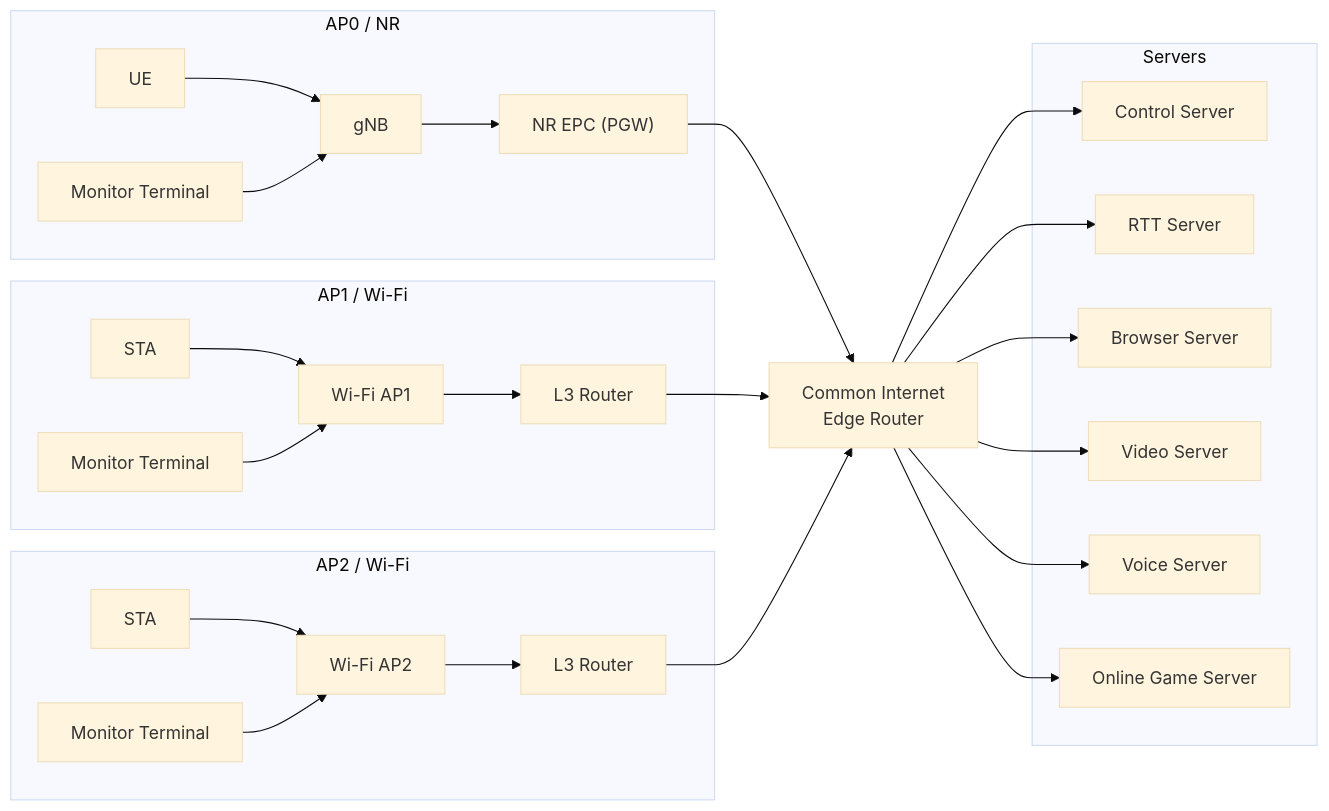
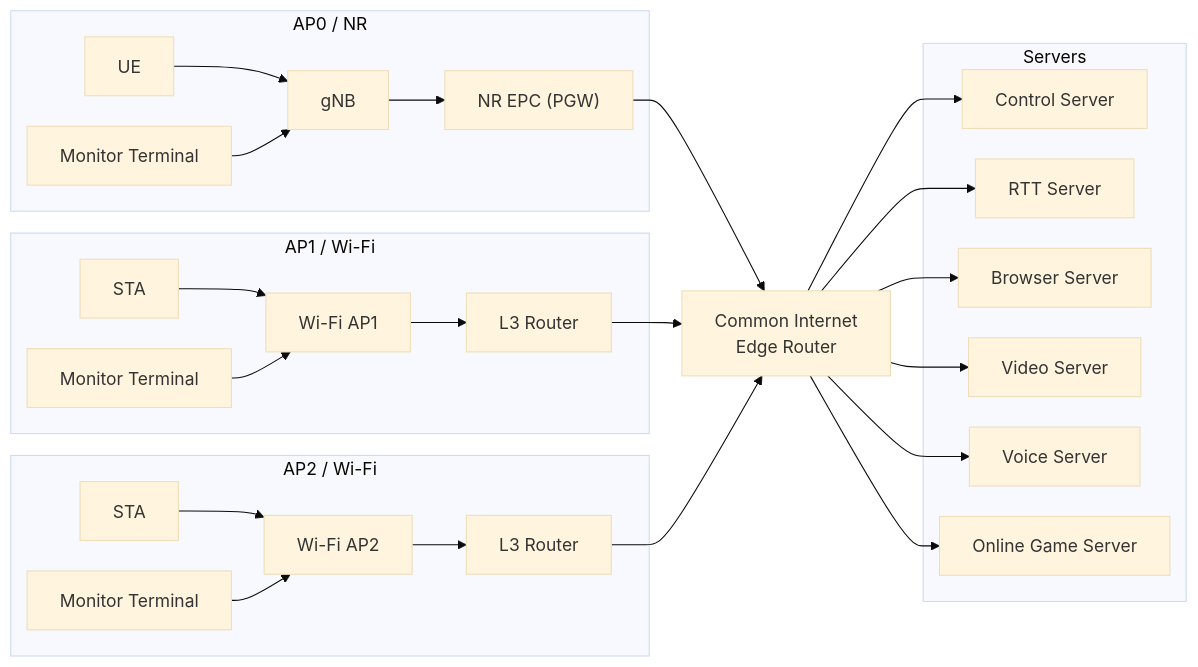
Before and after one commit to Sota-Okochi/ns-3.44: the diagram in README.md, drawn with Mermaid (base theme).

Commit message:
Update Mermaid flowchart configuration in README
Added configuration options for Mermaid flowchart in README.

````diff
--- a/README.md
+++ b/README.md
@@ -22,56 +22,63 @@
 ```mermaid
+---
+config:
+  fontSize: 17px
+  flowchart:
+    nodeSpacing: 28
+    rankSpacing: 30
+---
 flowchart LR
     %% --- Groups ---
     subgraph GWiFi2["AP2 / Wi-Fi"]
         WIFI2MON["Monitor Terminal"]
         WIFI2STA["STA"]
         WIFI2AP["Wi-Fi AP2"]
         WIFI2R["L3 Router"]
         WIFI2STA --> WIFI2AP
         WIFI2MON --> WIFI2AP
         WIFI2AP --> WIFI2R
     end
 
     subgraph GWiFi1["AP1 / Wi-Fi"]
         WIFI1MON["Monitor Terminal"]
         WIFI1STA["STA"]
         WIFI1AP["Wi-Fi AP1"]
         WIFI1R["L3 Router"]
         WIFI1STA --> WIFI1AP
         WIFI1MON --> WIFI1AP
         WIFI1AP --> WIFI1R
     end
 
     subgraph GNR["AP0 / NR"]
         NRMON["Monitor Terminal"]
         NRUE["UE"]
         gNB["gNB"]
         NREPC["NR EPC (PGW)"]
         NRUE --> gNB
         NRMON --> gNB
         gNB --> NREPC
     end
 
     subgraph Servers["Servers"]
         RH["Control Server"]
         RTT["RTT Server"]
         BRW["Browser Server"]
         VID["Video Server"]
         VOI["Voice Server"]
         GAM["Online Game Server"]
     end
 
     %% --- Core Edge ---
     CER["Common Internet<br/>Edge Router"]
     NREPC --> CER
     WIFI1R --> CER
     WIFI2R --> CER
 
     %% --- Fan-out to servers ---
     CER --> RH
     CER --> RTT
     CER --> BRW
     CER --> VID
     CER --> VOI
     CER --> GAM
 ```
````
